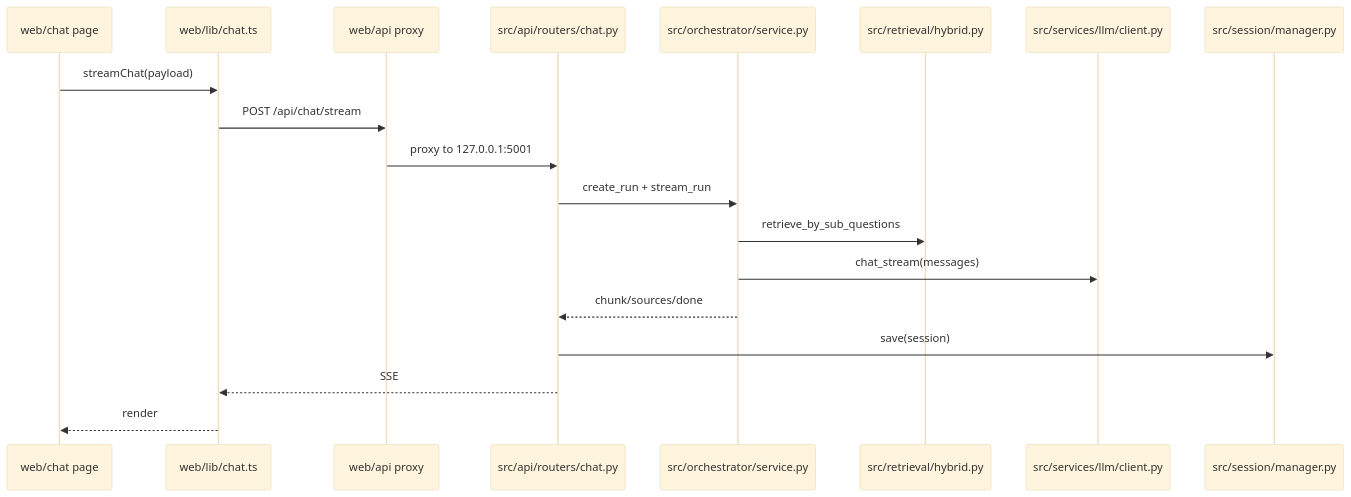
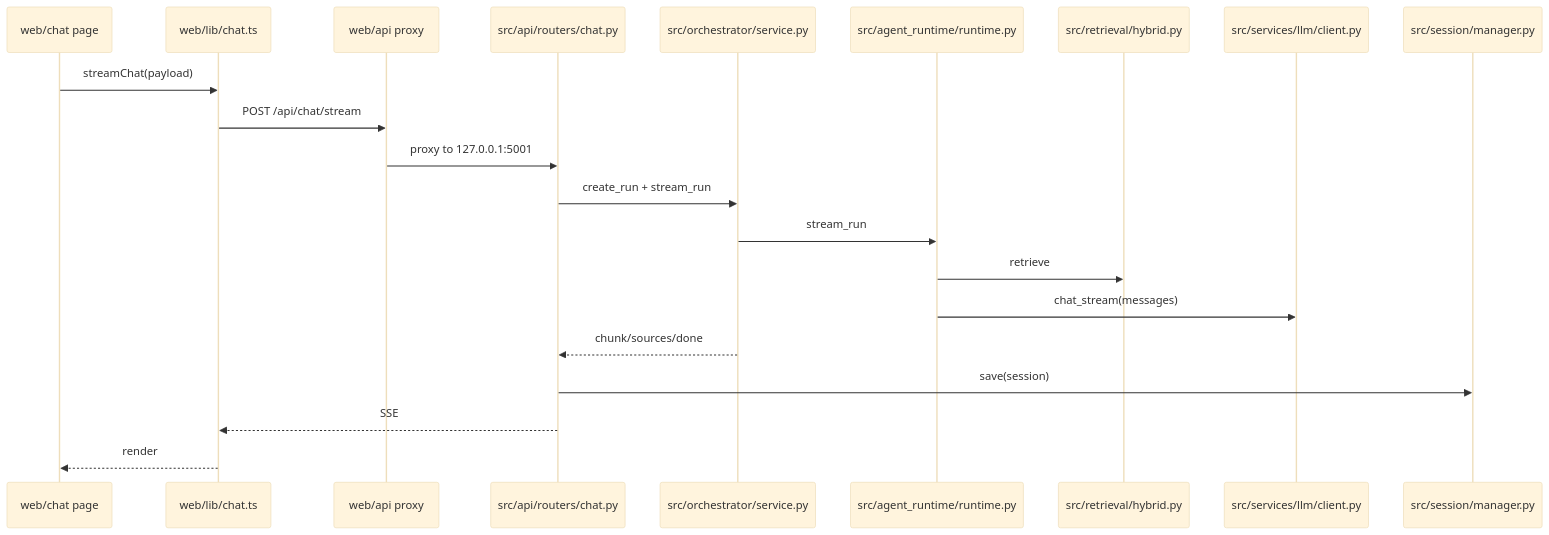
The second of 2 diagrams in docs/upgrade/project-structure-brief.md (qwerzbn/writingbot), drawn with Mermaid (base theme) before and after one commit. The commit also changed other lines of this file and 115 other files, not shown here.

````diff
--- a/docs/upgrade/project-structure-brief.md
+++ b/docs/upgrade/project-structure-brief.md
@@ -49,22 +49,24 @@
 ```mermaid
 sequenceDiagram
   participant U as web/chat page
   participant C as web/lib/chat.ts
   participant P as web/api proxy
   participant A as src/api/routers/chat.py
   participant O as src/orchestrator/service.py
+  participant RT as src/agent_runtime/runtime.py
   participant R as src/retrieval/hybrid.py
   participant L as src/services/llm/client.py
   participant M as src/session/manager.py
 
   U->>C: streamChat(payload)
   C->>P: POST /api/chat/stream
   P->>A: proxy to 127.0.0.1:5001
   A->>O: create_run + stream_run
-  O->>R: retrieve_by_sub_questions
-  O->>L: chat_stream(messages)
+  O->>RT: stream_run
+  RT->>R: retrieve
+  RT->>L: chat_stream(messages)
   O-->>A: chunk/sources/done
   A->>M: save(session)
   A-->>C: SSE
   C-->>U: render
 ```
````
